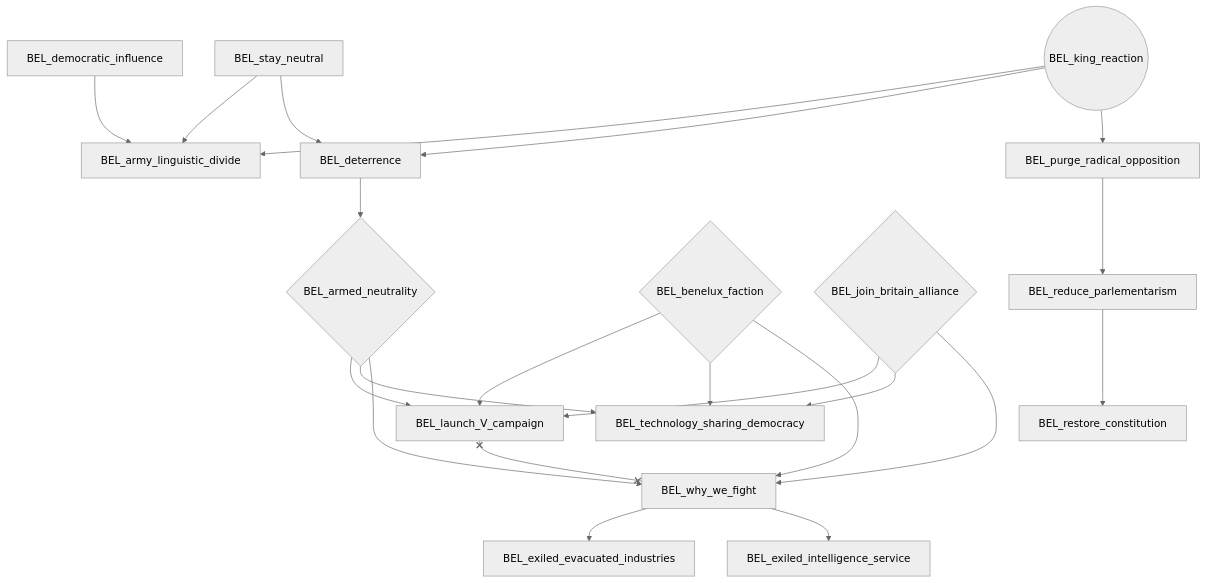
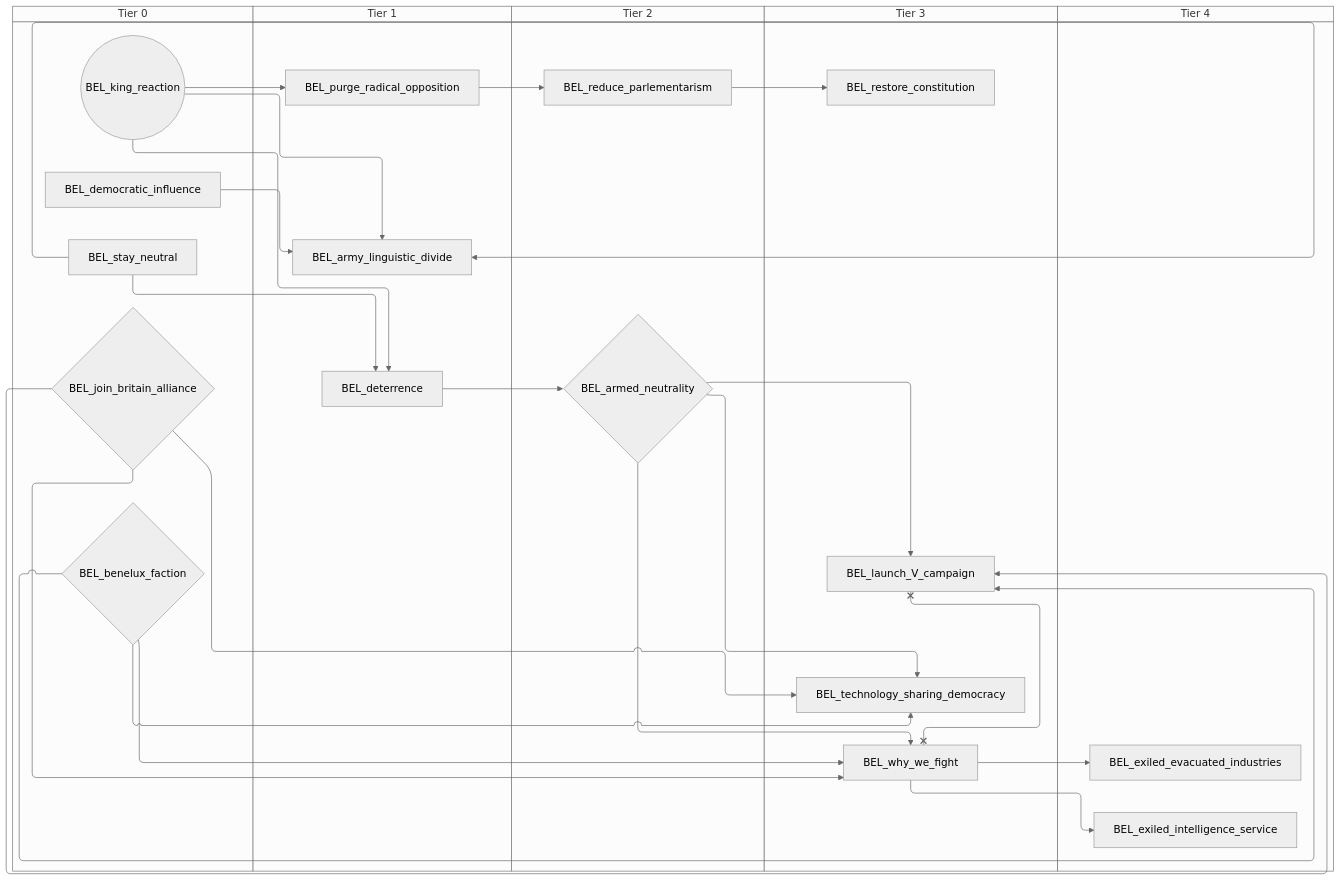
One commit to evgeny-sobol/hoi4-sandbox-mode-r56 changed the ninth of 13 diagrams in docs/gdd/National Focuses/r56/r56_belgium.md. Above: the diagram before and after it, drawn with Mermaid (neutral theme). The commit also changed other lines of this file and 423 other files, not shown here.

First line of the commit message:
Re-export Rt56 focus trees as swimlane diagrams

````diff
--- a/docs/gdd/National Focuses/r56/r56_belgium.md
+++ b/docs/gdd/National Focuses/r56/r56_belgium.md
@@ -433,40 +525,50 @@
 ```mermaid
-flowchart TD
-    n68{"BEL_armed_neutrality"}
-    n69["BEL_army_linguistic_divide"]
-    n71{"BEL_benelux_faction"}
-    n74["BEL_democratic_influence"]
-    n75["BEL_deterrence"]
-    n76["BEL_exiled_evacuated_industries"]
-    n77["BEL_exiled_intelligence_service"]
-    n81{"BEL_join_britain_alliance"}
-    n82(("BEL_king_reaction"))
-    n83["BEL_launch_V_campaign"]
-    n118["BEL_purge_radical_opposition"]
-    n119["BEL_reduce_parlementarism"]
-    n120["BEL_restore_constitution"]
-    n84["BEL_stay_neutral"]
-    n85["BEL_technology_sharing_democracy"]
-    n86["BEL_why_we_fight"]
-    n75 --> n68
-    n84 --> n69
-    n74 --> n69
-    n82 --> n69
-    n84 --> n75
-    n82 --> n75
-    n86 --> n76
-    n86 --> n77
-    n71 --> n83
-    n81 --> n83
-    n68 --> n83
-    n82 --> n118
+swimlane-beta TD
+    subgraph tier_0["Tier 0"]
+        n79{"BEL_benelux_faction"}
+        n72["BEL_democratic_influence"]
+        n77{"BEL_join_britain_alliance"}
+        n71(("BEL_king_reaction"))
+        n73["BEL_stay_neutral"]
+    end
+    subgraph tier_1["Tier 1"]
+        n74["BEL_army_linguistic_divide"]
+        n76["BEL_deterrence"]
+        n118["BEL_purge_radical_opposition"]
+    end
+    subgraph tier_2["Tier 2"]
+        n78{"BEL_armed_neutrality"}
+        n119["BEL_reduce_parlementarism"]
+    end
+    subgraph tier_3["Tier 3"]
+        n82["BEL_launch_V_campaign"]
+        n120["BEL_restore_constitution"]
+        n83["BEL_technology_sharing_democracy"]
+        n84["BEL_why_we_fight"]
+    end
+    subgraph tier_4["Tier 4"]
+        n85["BEL_exiled_evacuated_industries"]
+        n86["BEL_exiled_intelligence_service"]
+    end
+    n76 --> n78
+    n73 --> n74
+    n72 --> n74
+    n71 --> n74
+    n73 --> n76
+    n71 --> n76
+    n84 --> n85
+    n84 --> n86
+    n79 --> n82
+    n77 --> n82
+    n78 --> n82
+    n71 --> n118
     n118 --> n119
     n119 --> n120
-    n71 --> n85
-    n81 --> n85
-    n68 --> n85
-    n71 --> n86
-    n81 --> n86
-    n68 --> n86
-    n83 x--x n86
+    n79 --> n83
+    n77 --> n83
+    n78 --> n83
+    n79 --> n84
+    n77 --> n84
+    n78 --> n84
+    n82 x--x n84
 ```
````
